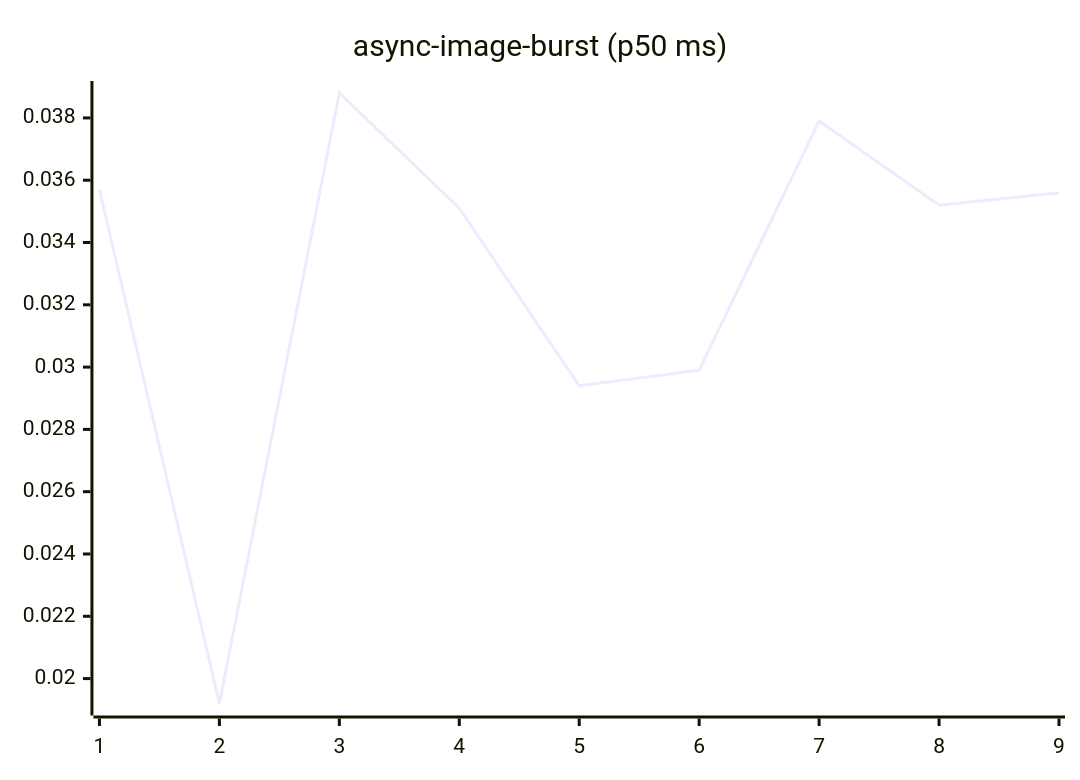
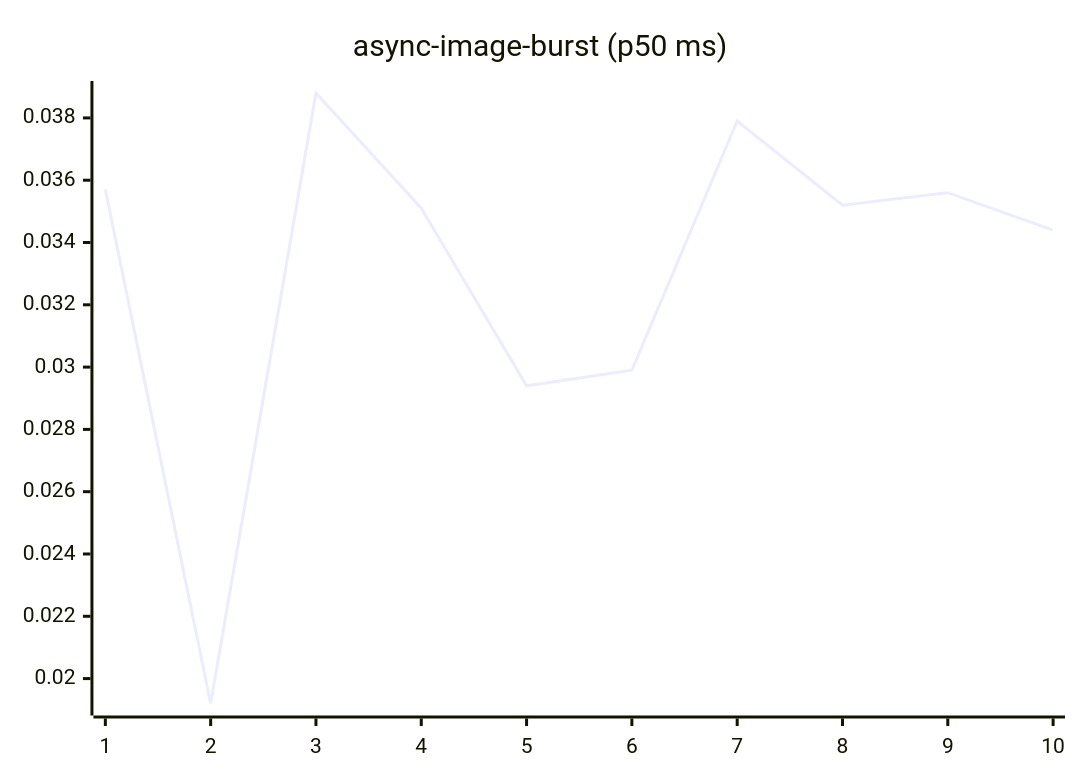
The fourth of 27 diagrams in README.md (josha/Facet), drawn with Mermaid before and after one commit. The commit also changed other lines of this file and 2 other files, not shown here.

````diff
--- a/README.md
+++ b/README.md
@@ -84,6 +84,6 @@
 ```mermaid
 xychart-beta
     title "async-image-burst (p50 ms)"
-    x-axis 1 --> 9
-    line [0.0357, 0.0192, 0.0388, 0.0351, 0.0294, 0.0299, 0.0379, 0.0352, 0.0356]
+    x-axis 1 --> 10
+    line [0.0357, 0.0192, 0.0388, 0.0351, 0.0294, 0.0299, 0.0379, 0.0352, 0.0356, 0.0344]
 ```
````
